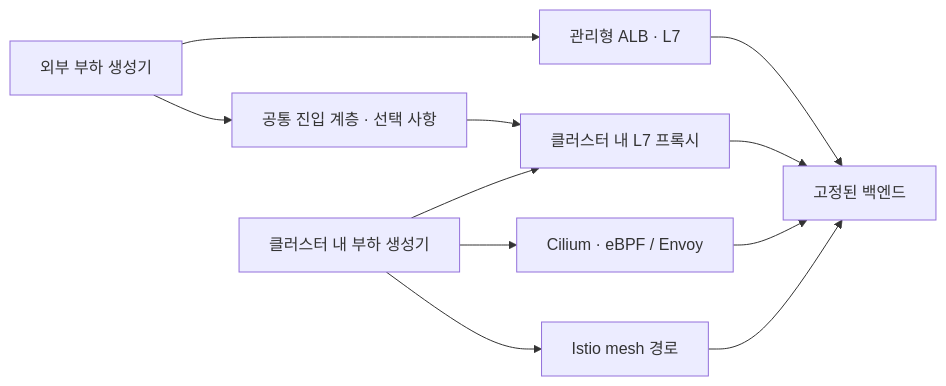
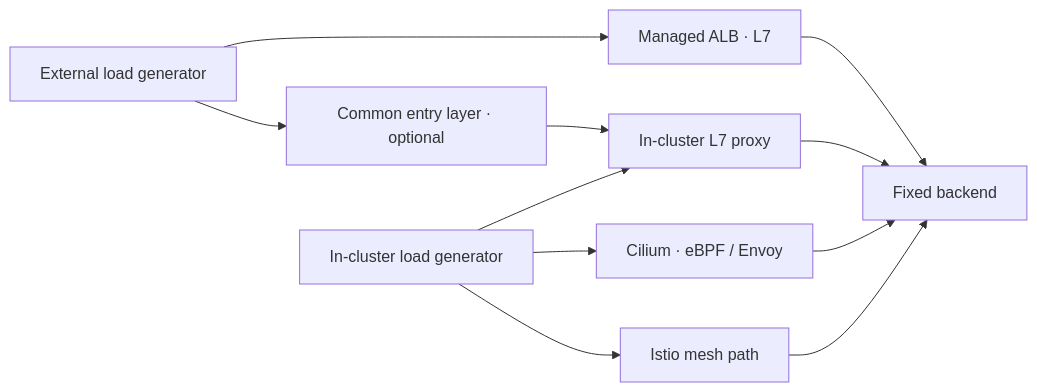
Before and after one commit to devfloor9/engineering-playbook: the diagram in docs/benchmarks/gateway-api-benchmark.md, drawn with Mermaid. The commit also changed other lines of this file and 954 other files, not shown here.

````diff
--- a/docs/benchmarks/gateway-api-benchmark.md
+++ b/docs/benchmarks/gateway-api-benchmark.md
@@ -66,13 +66,13 @@
 ```mermaid
 flowchart LR
-    E["외부 부하 생성기"] --> A["관리형 ALB · L7"]
-    A --> B["고정된 백엔드"]
-    E --> N["공통 진입 계층 · 선택 사항"]
-    N --> P["클러스터 내 L7 프록시"]
+    E["External load generator"] --> A["Managed ALB · L7"]
+    A --> B["Fixed backend"]
+    E --> N["Common entry layer · optional"]
+    N --> P["In-cluster L7 proxy"]
     P --> B
-    I["클러스터 내 부하 생성기"] --> P
+    I["In-cluster load generator"] --> P
     I --> C["Cilium · eBPF / Envoy"]
     C --> B
-    I --> M["Istio mesh 경로"]
+    I --> M["Istio mesh path"]
     M --> B
 ```
````
